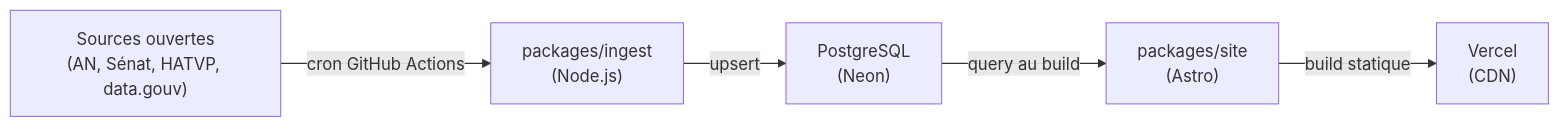
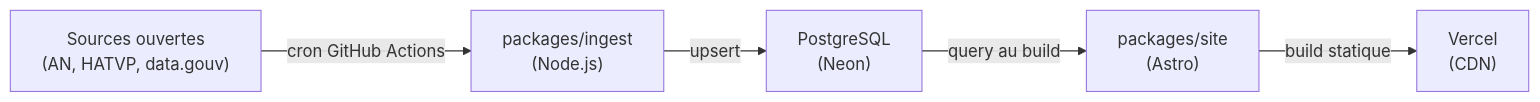
The diagram in docs/ARCHITECTURE.md (MathRobin/elupedia), drawn with Mermaid before and after one commit. The commit also changed other lines of this file and 1 other file, not shown here.

````diff
--- a/docs/ARCHITECTURE.md
+++ b/docs/ARCHITECTURE.md
@@ -7,7 +7,7 @@
 ```mermaid
 flowchart LR
-    A["Sources ouvertes\n(AN, Sénat, HATVP, data.gouv)"] -->|cron GitHub Actions| B["packages/ingest\n(Node.js)"]
+    A["Sources ouvertes\n(AN, HATVP, data.gouv)"] -->|cron GitHub Actions| B["packages/ingest\n(Node.js)"]
     B -->|upsert| C["PostgreSQL\n(Neon)"]
     C -->|query au build| D["packages/site\n(Astro)"]
     D -->|build statique| E["Vercel\n(CDN)"]
 ```
````
